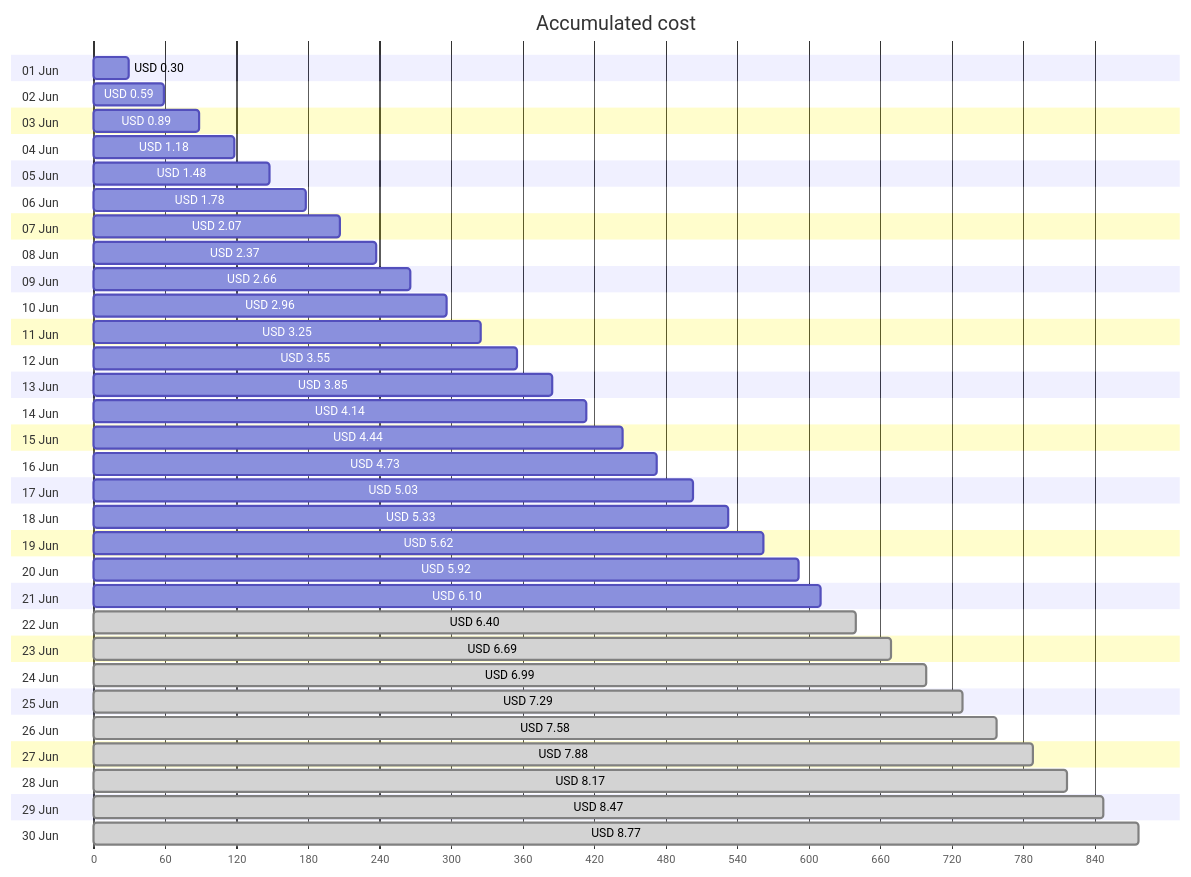
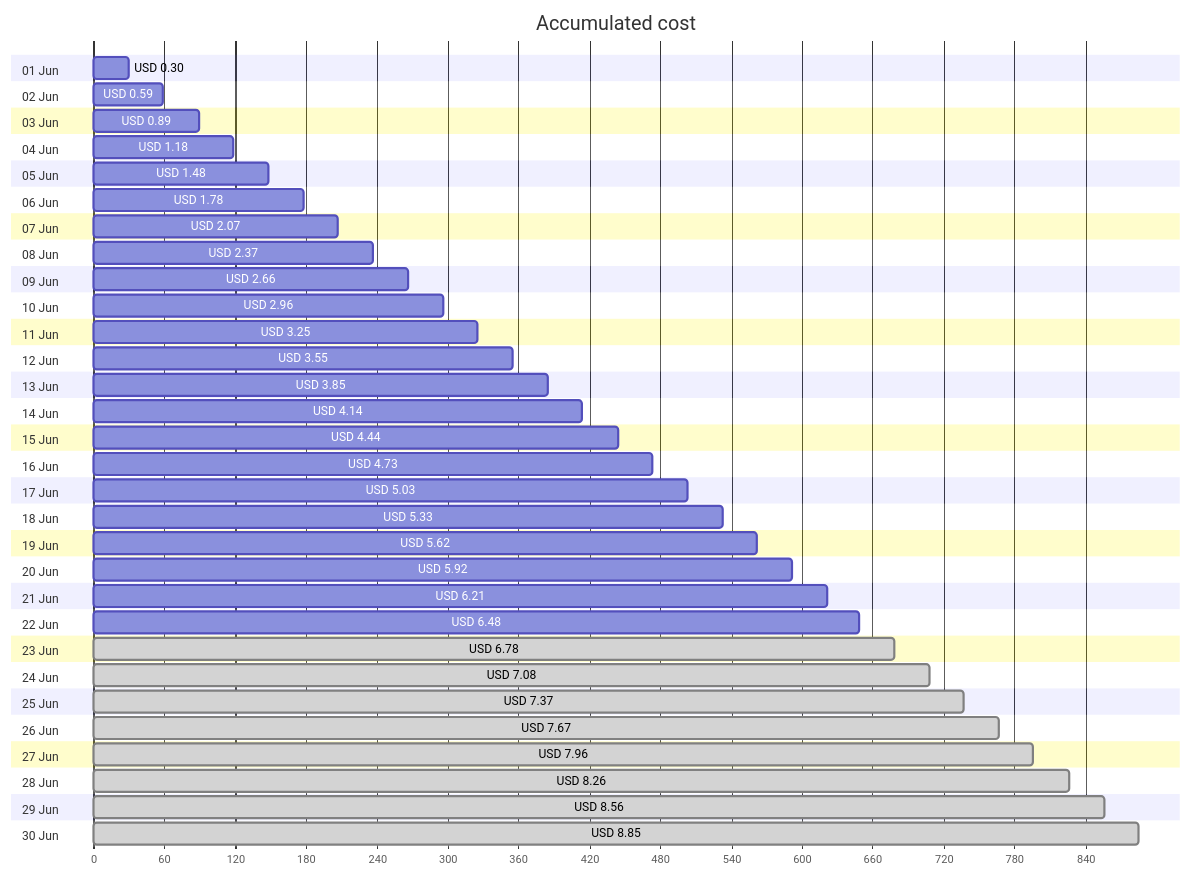
The first of 4 diagrams in cost-reports/personal-site/personal-site.md (jpfulton/azure-personal-reports), drawn with Mermaid before and after one commit. The commit also changed other lines of this file and 6 other files, not shown here.

````diff
--- a/cost-reports/personal-site/personal-site.md
+++ b/cost-reports/personal-site/personal-site.md
@@ -20,66 +20,66 @@
 ```mermaid
 gantt
    title Accumulated cost
    dateFormat  X
    axisFormat %s
    section 01 Jun
    USD 0.30 :0, 30
    section 02 Jun
    USD 0.59 :0, 59
    section 03 Jun
    USD 0.89 :0, 89
    section 04 Jun
    USD 1.18 :0, 118
    section 05 Jun
    USD 1.48 :0, 148
    section 06 Jun
    USD 1.78 :0, 178
    section 07 Jun
    USD 2.07 :0, 207
    section 08 Jun
    USD 2.37 :0, 237
    section 09 Jun
    USD 2.66 :0, 266
    section 10 Jun
    USD 2.96 :0, 296
    section 11 Jun
    USD 3.25 :0, 325
    section 12 Jun
    USD 3.55 :0, 355
    section 13 Jun
    USD 3.85 :0, 385
    section 14 Jun
    USD 4.14 :0, 414
    section 15 Jun
    USD 4.44 :0, 444
    section 16 Jun
    USD 4.73 :0, 473
    section 17 Jun
    USD 5.03 :0, 503
    section 18 Jun
    USD 5.33 :0, 533
    section 19 Jun
    USD 5.62 :0, 562
    section 20 Jun
    USD 5.92 :0, 592
    section 21 Jun
-   USD 6.10 :0, 610
+   USD 6.21 :0, 621
    section 22 Jun
-   USD 6.40 : done, 0, 640
+   USD 6.48 :0, 648
    section 23 Jun
-   USD 6.69 : done, 0, 669
+   USD 6.78 : done, 0, 678
    section 24 Jun
-   USD 6.99 : done, 0, 699
+   USD 7.08 : done, 0, 708
    section 25 Jun
-   USD 7.29 : done, 0, 729
+   USD 7.37 : done, 0, 737
    section 26 Jun
-   USD 7.58 : done, 0, 758
+   USD 7.67 : done, 0, 767
    section 27 Jun
-   USD 7.88 : done, 0, 788
+   USD 7.96 : done, 0, 796
    section 28 Jun
-   USD 8.17 : done, 0, 817
+   USD 8.26 : done, 0, 826
    section 29 Jun
-   USD 8.47 : done, 0, 847
+   USD 8.56 : done, 0, 856
    section 30 Jun
-   USD 8.77 : done, 0, 877
+   USD 8.85 : done, 0, 885
 ```
````
